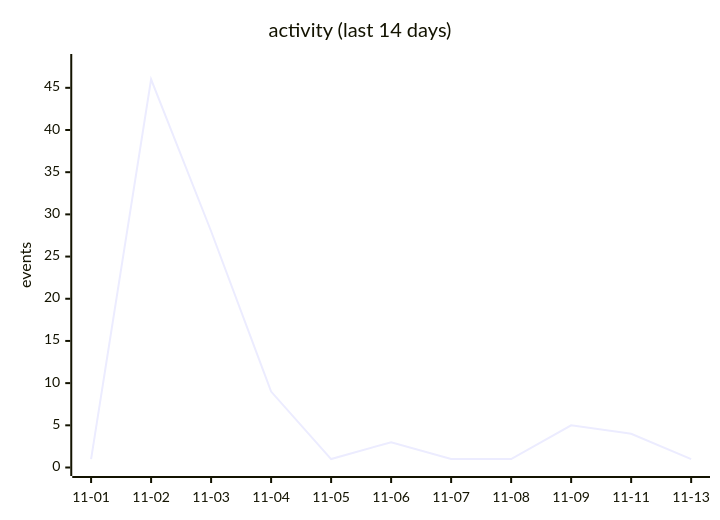
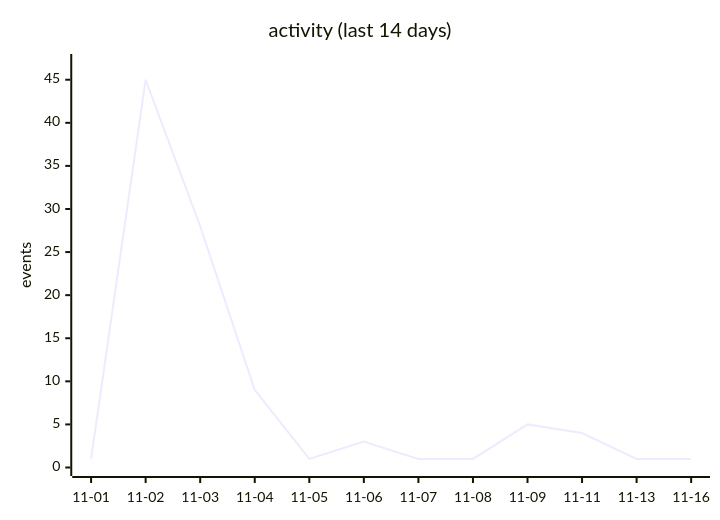
The second of 3 diagrams in README.md (lunarshe11/lunarshe11), drawn with Mermaid before and after one commit. The commit also changed other lines of this file, not shown here.

````diff
--- a/README.md
+++ b/README.md
@@ -44,7 +45,7 @@
 ```mermaid
 xychart-beta
     title "activity (last 14 days)"
-    x-axis ["11-01", "11-02", "11-03", "11-04", "11-05", "11-06", "11-07", "11-08", "11-09", "11-11", "11-13"]
-    y-axis "events" 0 --> 48
-    line [1, 46, 28, 9, 1, 3, 1, 1, 5, 4, 1]
+    x-axis ["11-01", "11-02", "11-03", "11-04", "11-05", "11-06", "11-07", "11-08", "11-09", "11-11", "11-13", "11-16"]
+    y-axis "events" 0 --> 47
+    line [1, 45, 28, 9, 1, 3, 1, 1, 5, 4, 1, 1]
 ```
````
